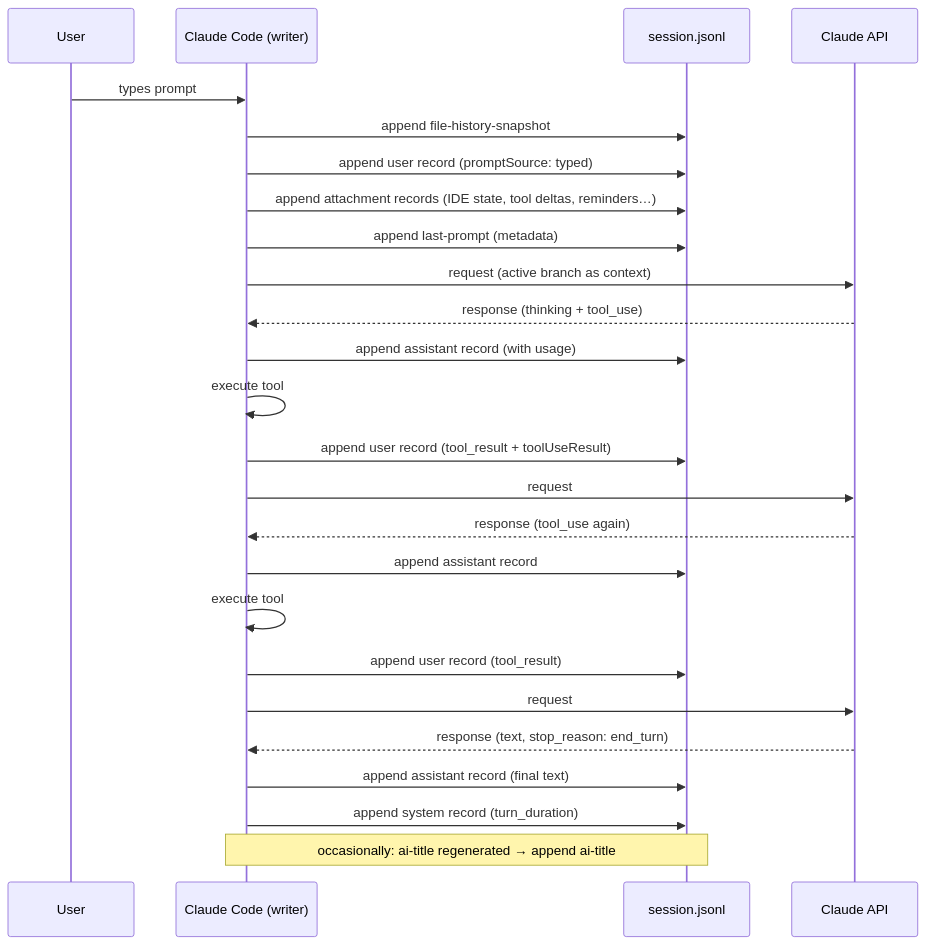
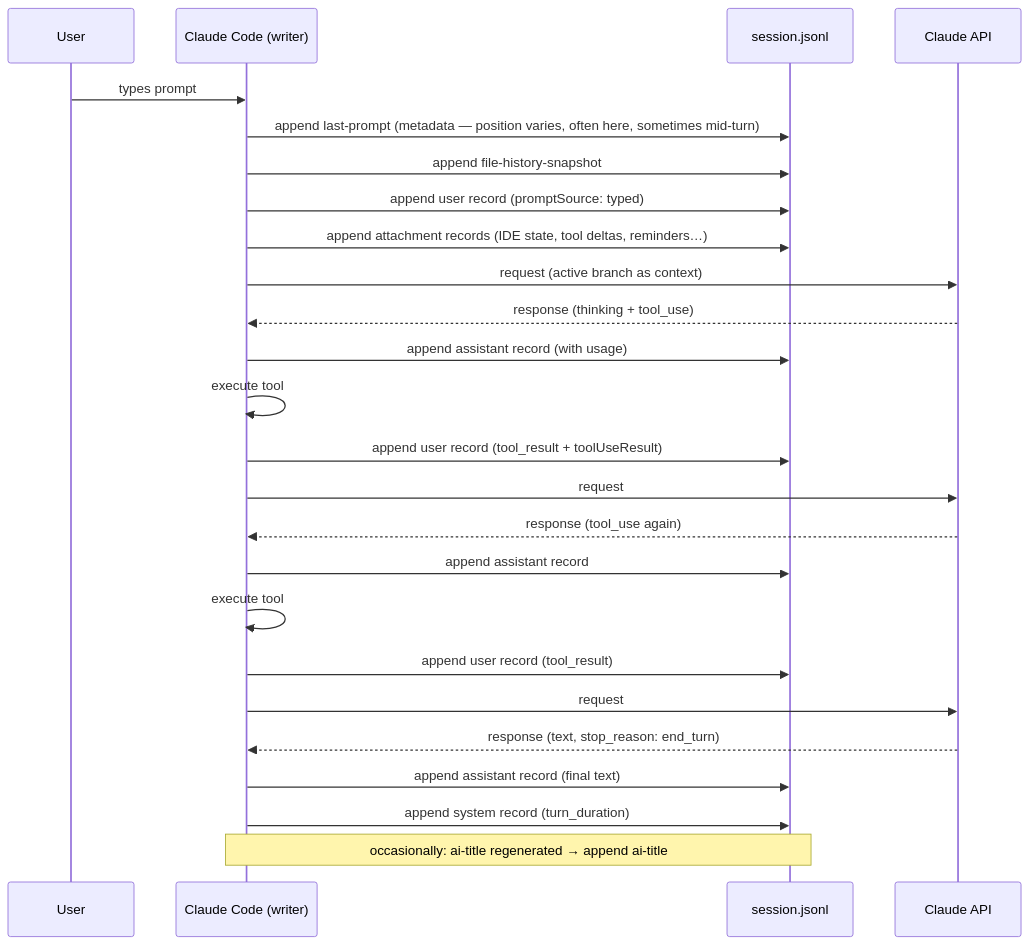
The fourth of 5 diagrams in docs/session-jsonl-mechanics.md (locchh/clear-mind), drawn with Mermaid before and after one commit. The commit also changed other lines of this file and 1 other file, not shown here.

````diff
--- a/docs/session-jsonl-mechanics.md
+++ b/docs/session-jsonl-mechanics.md
@@ -71,28 +71,28 @@
 ```mermaid
 sequenceDiagram
     participant U as User
     participant CC as Claude Code (writer)
     participant F as session.jsonl
     participant API as Claude API
 
     U->>CC: types prompt
+    CC->>F: append last-prompt (metadata — position varies, often here, sometimes mid-turn)
     CC->>F: append file-history-snapshot
     CC->>F: append user record (promptSource: typed)
     CC->>F: append attachment records (IDE state, tool deltas, reminders…)
-    CC->>F: append last-prompt (metadata)
     CC->>API: request (active branch as context)
     API-->>CC: response (thinking + tool_use)
     CC->>F: append assistant record (with usage)
     CC->>CC: execute tool
     CC->>F: append user record (tool_result + toolUseResult)
     CC->>API: request
     API-->>CC: response (tool_use again)
     CC->>F: append assistant record
     CC->>CC: execute tool
     CC->>F: append user record (tool_result)
     CC->>API: request
     API-->>CC: response (text, stop_reason: end_turn)
     CC->>F: append assistant record (final text)
     CC->>F: append system record (turn_duration)
     Note over CC,F: occasionally: ai-title regenerated → append ai-title
 ```
````
